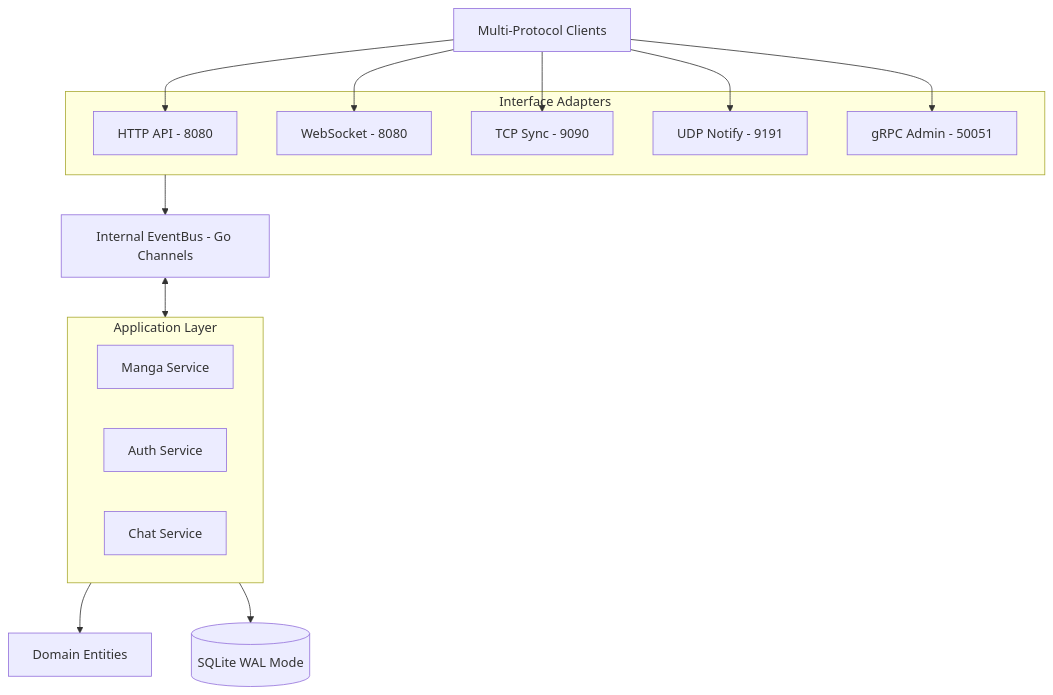
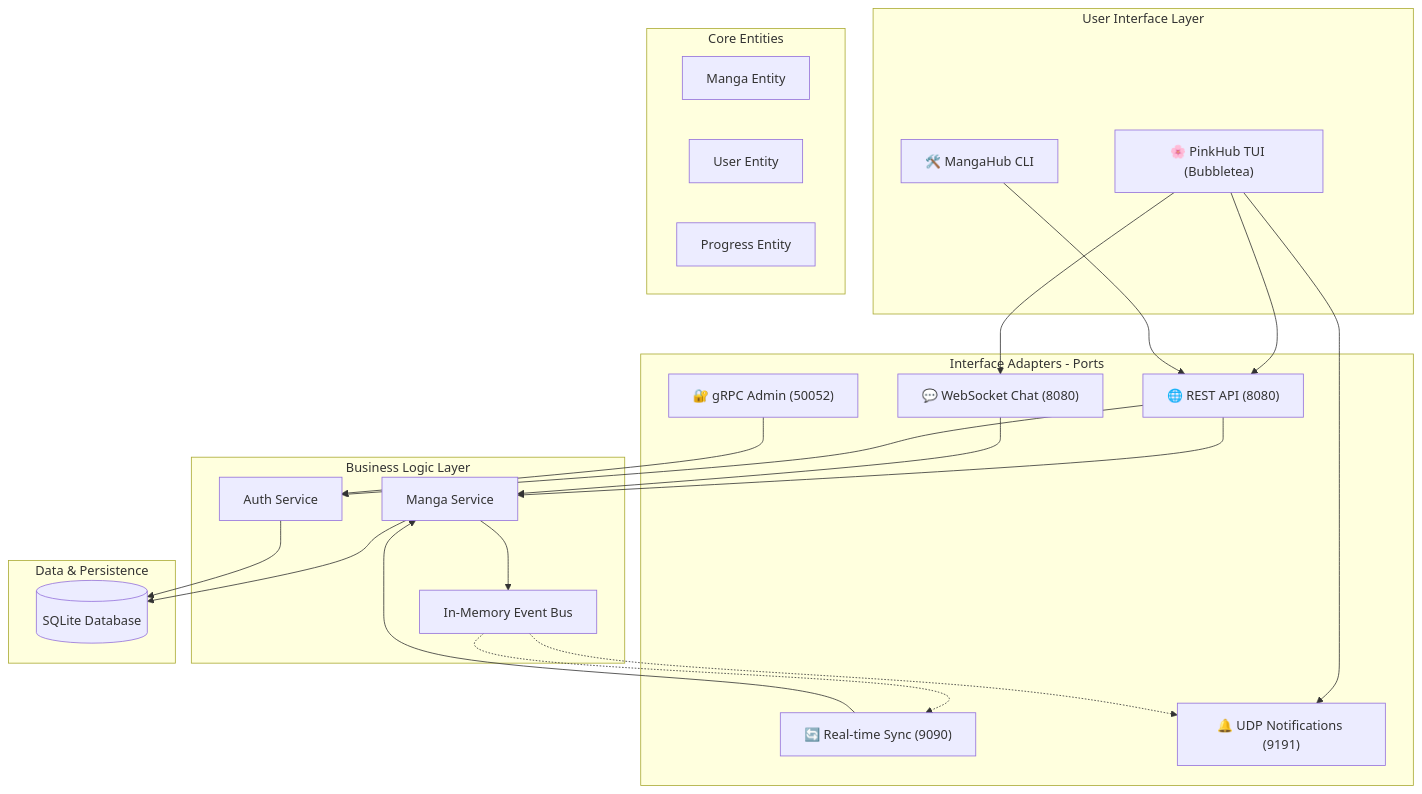
Before and after one commit to panadolextra91/ncp-mangahub: the diagram in ARCHITECTURE.md, drawn with Mermaid. The commit also changed other lines of this file and 58 other files, not shown here.

````diff
--- a/ARCHITECTURE.md
+++ b/ARCHITECTURE.md
@@ -9,28 +7,51 @@
 ```mermaid
 graph TD
-    Client[Multi-Protocol Clients] --> HTTP[HTTP API - 8080]
-    Client --> WS[WebSocket - 8080]
-    Client --> TCP[TCP Sync - 9090]
-    Client --> UDP[UDP Notify - 9191]
-    Client --> GRPC[gRPC Admin - 50051]
-
-    subgraph Adapters [Interface Adapters]
-        HTTP
-        WS
-        TCP
-        UDP
-        GRPC
+    subgraph Clients [User Interface Layer]
+        TUI["🌸 PinkHub TUI (Bubbletea)"]
+        CLI["🛠️ MangaHub CLI"]
     end
 
-    Adapters --> Bus[Internal EventBus - Go Channels]
-    
-    subgraph Application [Application Layer]
+    subgraph Adapters [Interface Adapters - Ports]
+        HTTP["🌐 REST API (8080)"]
+        WS["💬 WebSocket Chat (8080)"]
+        TCP["🔄 Real-time Sync (9090)"]
+        UDP["🔔 UDP Notifications (9191)"]
+        GRPC["🔐 gRPC Admin (50052)"]
+    end
+
+    subgraph Application [Business Logic Layer]
         MangaSvc[Manga Service]
         AuthSvc[Auth Service]
-        ChatSvc[Chat Service]
+        EventBus[In-Memory Event Bus]
     end
-    
-    Bus <--> Application
-    Application --> Domain[Domain Entities]
-    Application --> DB[(SQLite WAL Mode)]
+
+    subgraph Domain [Core Entities]
+        MangaModel[Manga Entity]
+        UserModel[User Entity]
+        ProgressModel[Progress Entity]
+    end
+
+    subgraph Infrastructure [Data & Persistence]
+        DB[(SQLite Database)]
+    end
+
+    %% Flow: Clients to Adapters
+    TUI --> HTTP
+    TUI --> WS
+    TUI --> UDP
+    CLI --> HTTP
+
+    %% Flow: Adapters to Application
+    HTTP --> AuthSvc
+    HTTP --> MangaSvc
+    WS --> MangaSvc
+    TCP --> MangaSvc
+    GRPC --> AuthSvc
+
+    %% Flow: Application to Domain/Infra
+    MangaSvc --> EventBus
+    MangaSvc --> DB
+    AuthSvc --> DB
+    EventBus -.-> UDP
+    EventBus -.-> TCP
 ```
````
